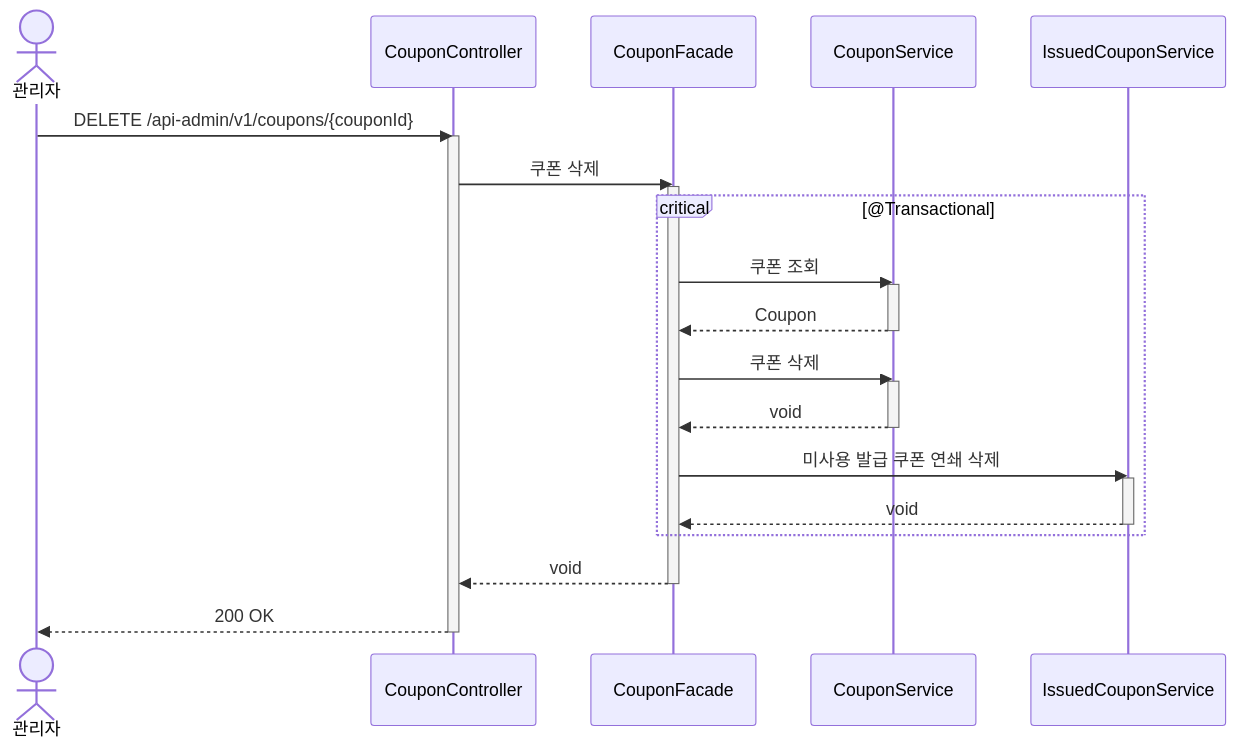
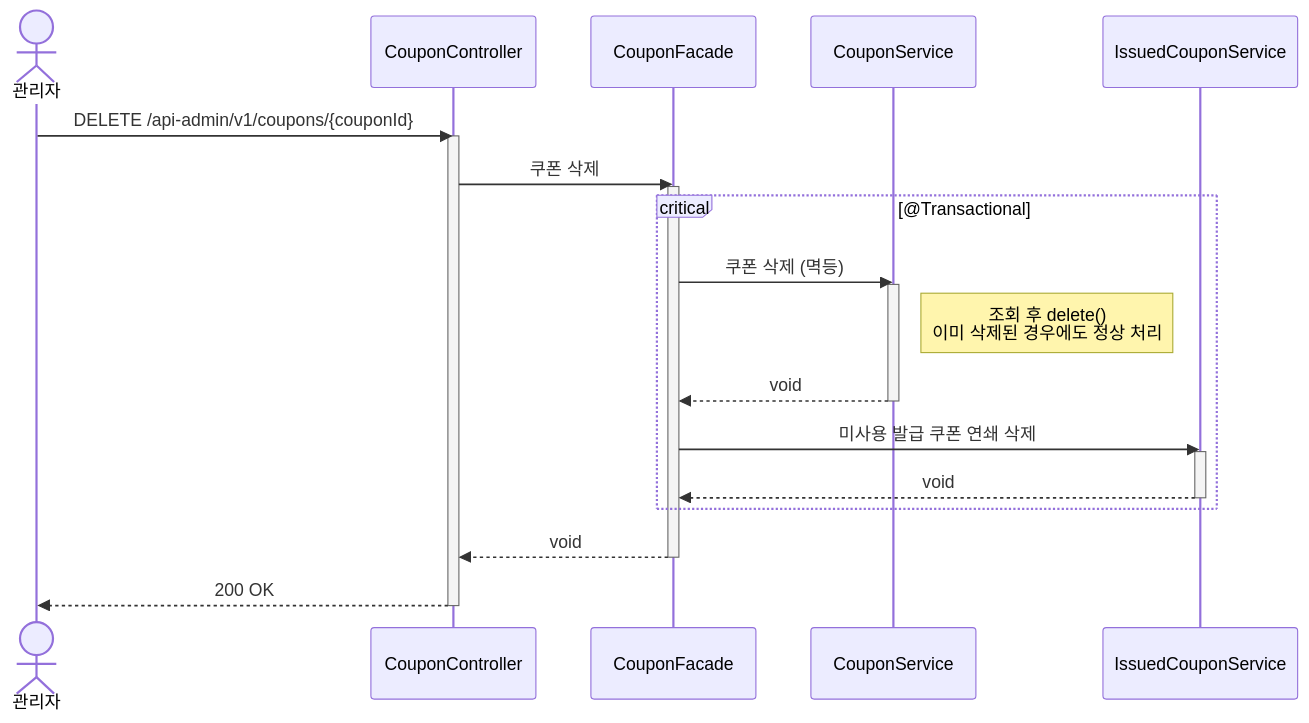
One commit to Loopers-dev-lab/loop-pack-be-l2-vol3-java changed the diagram in docs/design/coupon/sequences/003-coupon-delete.md. Above: the diagram before and after it, drawn with Mermaid. The commit also changed other lines of this file and 5 other files, not shown here.

````diff
--- a/docs/design/coupon/sequences/003-coupon-delete.md
+++ b/docs/design/coupon/sequences/003-coupon-delete.md
@@ -8,35 +8,31 @@
 ```mermaid
 sequenceDiagram
     actor 관리자
     participant CC as CouponController
     participant CF as CouponFacade
     participant CS as CouponService
     participant ICS as IssuedCouponService
 
     관리자->>CC: DELETE /api-admin/v1/coupons/{couponId}
     activate CC
     CC->>CF: 쿠폰 삭제
     activate CF
 
     critical @Transactional
-        CF->>CS: 쿠폰 조회
+        CF->>CS: 쿠폰 삭제 (멱등)
         activate CS
-        CS-->>CF: Coupon
-        deactivate CS
-
-        CF->>CS: 쿠폰 삭제
-        activate CS
+        Note right of CS: 조회 후 delete()<br/>이미 삭제된 경우에도 정상 처리
         CS-->>CF: void
         deactivate CS
 
         CF->>ICS: 미사용 발급 쿠폰 연쇄 삭제
         activate ICS
         ICS-->>CF: void
         deactivate ICS
     end
 
     CF-->>CC: void
     deactivate CF
     CC-->>관리자: 200 OK
     deactivate CC
 ```
````
